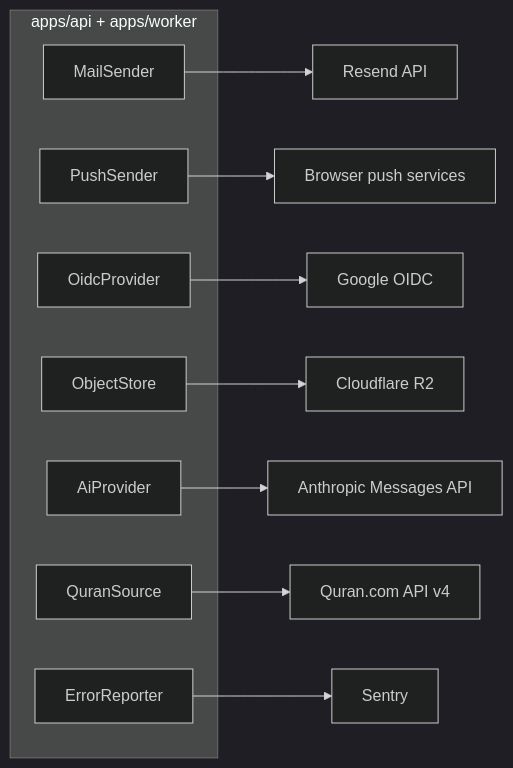
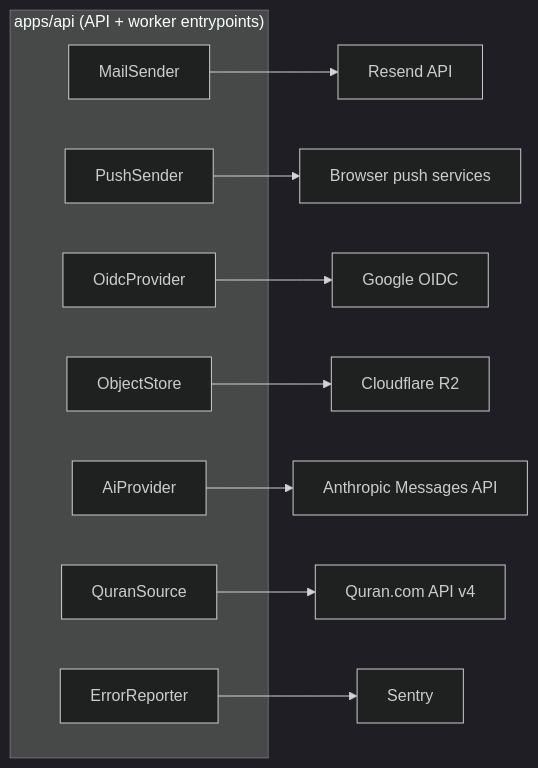
One commit to RuhulAminDSi/daily-good-deeds changed the first of 2 diagrams in docs/architecture/INTEGRATION_ARCHITECTURE.md. Above: the diagram before and after it, drawn with Mermaid (dark theme). The commit also changed 30 other files, not shown here.

````diff
--- a/docs/architecture/INTEGRATION_ARCHITECTURE.md
+++ b/docs/architecture/INTEGRATION_ARCHITECTURE.md
@@ -27,19 +27,19 @@
 ```mermaid
 flowchart LR
-  subgraph DGD[apps/api + apps/worker]
+  subgraph DGD["apps/api (API + worker entrypoints)"]
     mail[MailSender]
     push[PushSender]
     oidc[OidcProvider]
     store[ObjectStore]
     aip[AiProvider]
     quran[QuranSource]
     err[ErrorReporter]
   end
   mail --> resend[Resend API]
   push --> wps[Browser push services]
   oidc --> google[Google OIDC]
   store --> r2[Cloudflare R2]
   aip --> anthropic[Anthropic Messages API]
   quran --> qcom[Quran.com API v4]
   err --> sentry[Sentry]
 ```
````
